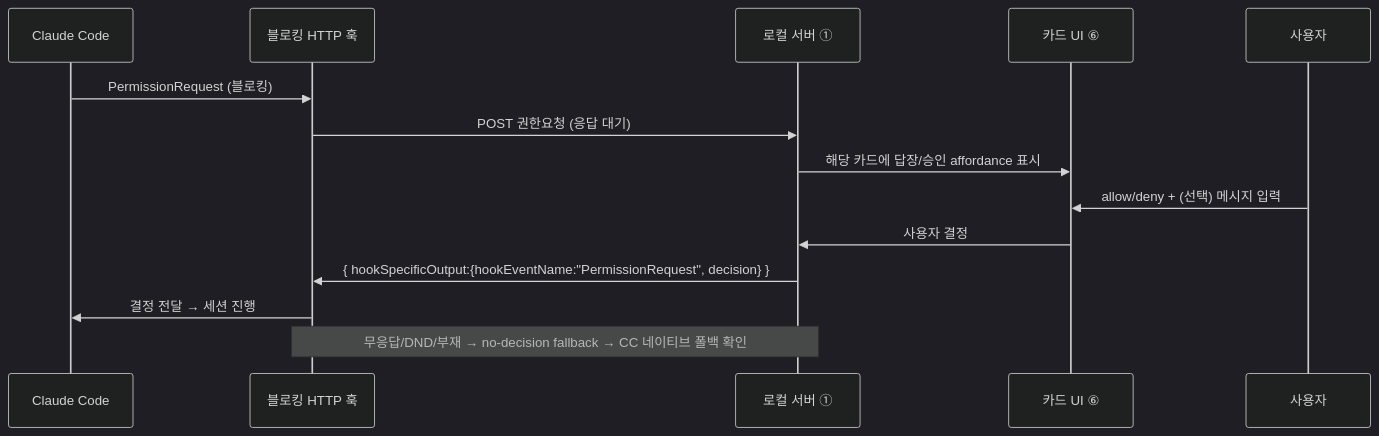
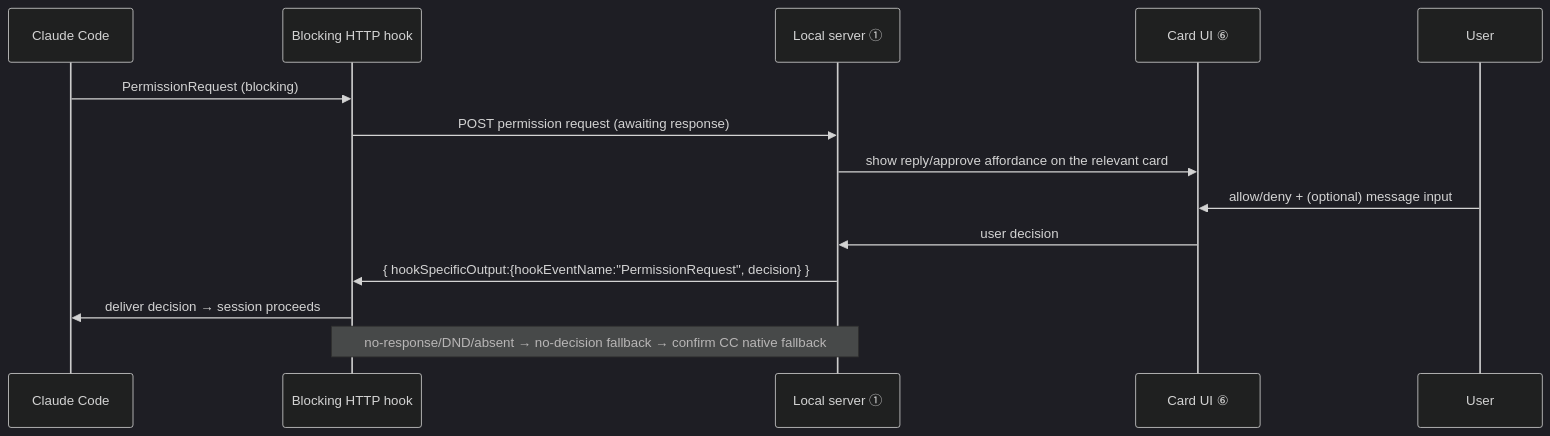
Before and after one commit to amsminn/Claude-Pet: the seventh of 8 diagrams in docs/04-pet-ui/pet-and-cards.md, drawn with Mermaid (dark theme). The commit also changed other lines of this file and 48 other files, not shown here.

````diff
--- a/docs/04-pet-ui/pet-and-cards.md
+++ b/docs/04-pet-ui/pet-and-cards.md
@@ -361,16 +361,16 @@
 ```mermaid
 sequenceDiagram
     participant CC as Claude Code
-    participant Hook as 블로킹 HTTP 훅
-    participant Srv as 로컬 서버 ①
-    participant UI as 카드 UI ⑥
-    participant User as 사용자
-    CC->>Hook: PermissionRequest (블로킹)
-    Hook->>Srv: POST 권한요청 (응답 대기)
-    Srv->>UI: 해당 카드에 답장/승인 affordance 표시
-    User->>UI: allow/deny + (선택) 메시지 입력
-    UI->>Srv: 사용자 결정
+    participant Hook as Blocking HTTP hook
+    participant Srv as Local server ①
+    participant UI as Card UI ⑥
+    participant User as User
+    CC->>Hook: PermissionRequest (blocking)
+    Hook->>Srv: POST permission request (awaiting response)
+    Srv->>UI: show reply/approve affordance on the relevant card
+    User->>UI: allow/deny + (optional) message input
+    UI->>Srv: user decision
     Srv->>Hook: { hookSpecificOutput:{hookEventName:"PermissionRequest", decision} }
-    Hook->>CC: 결정 전달 → 세션 진행
-    Note over Srv,Hook: 무응답/DND/부재 → no-decision fallback → CC 네이티브 폴백 확인
+    Hook->>CC: deliver decision → session proceeds
+    Note over Srv,Hook: no-response/DND/absent → no-decision fallback → confirm CC native fallback
 ```
````
